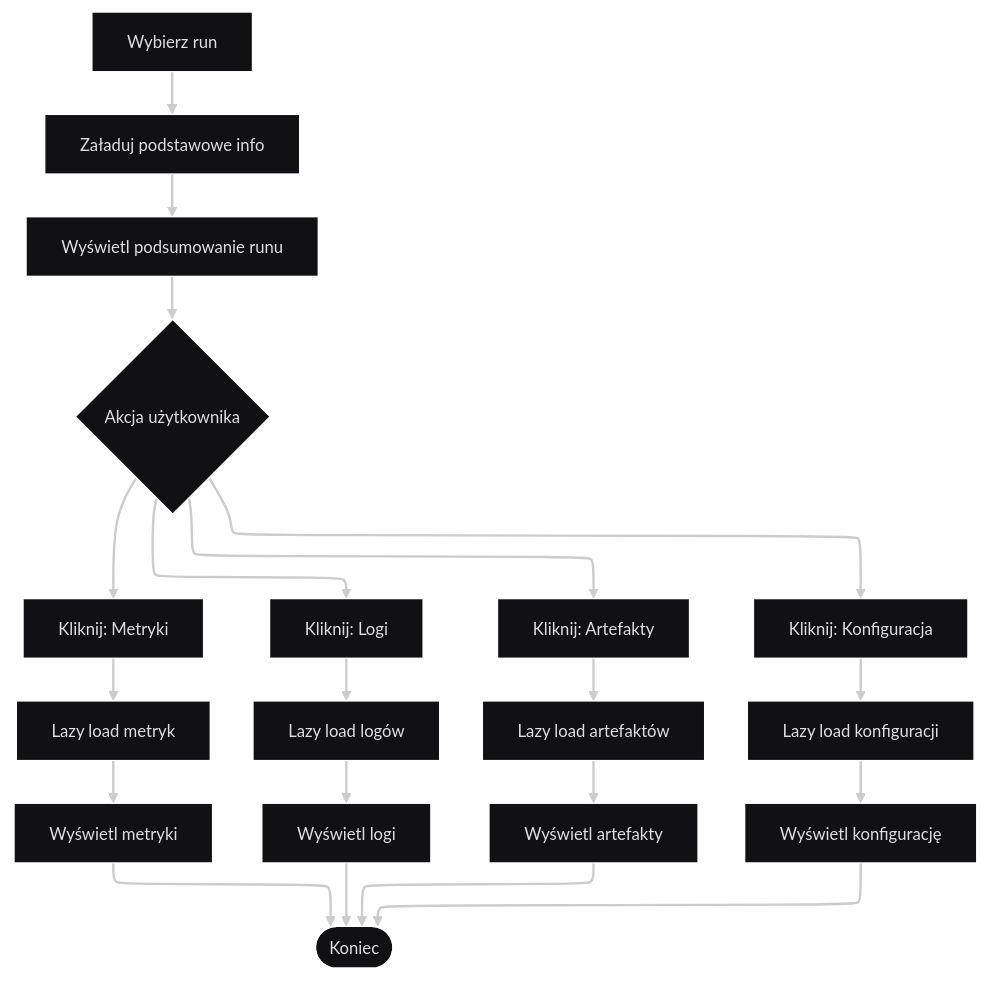
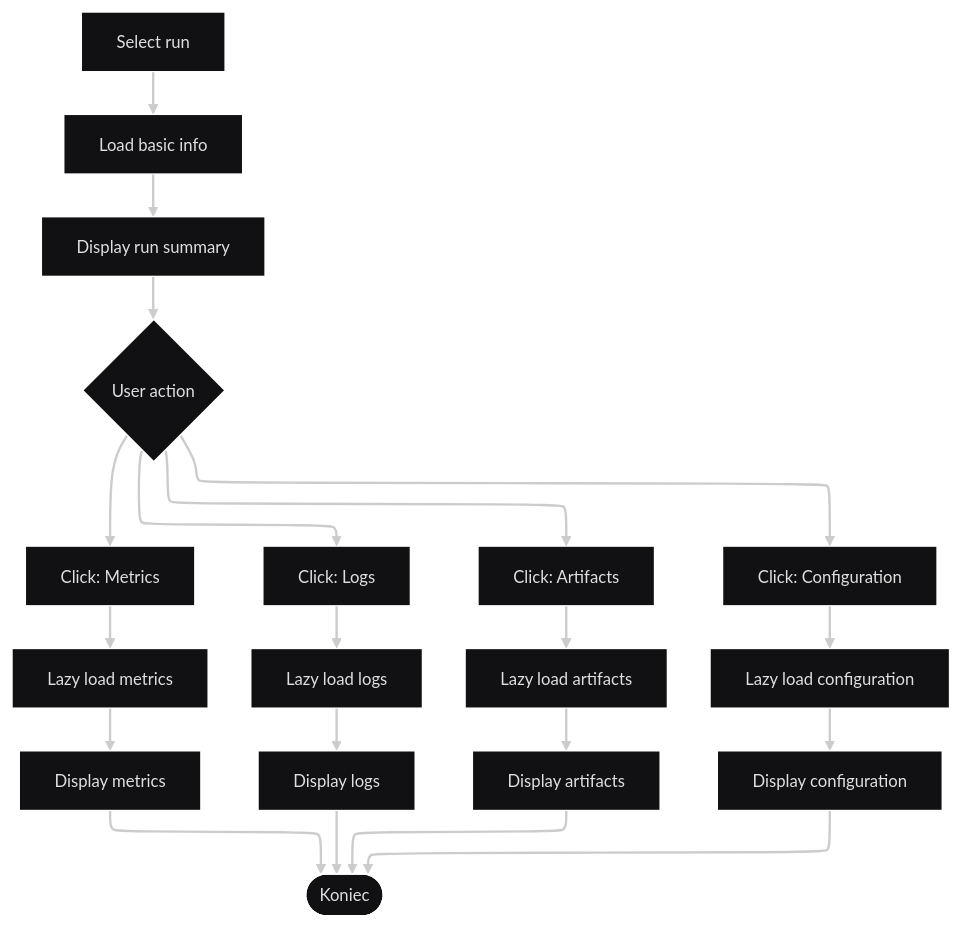
Before and after one commit to jedrzejpolaczek/aviarium.corvidae.corvus_corone: diagram 15 of 33 in docs/requirements/use-cases.md, drawn with Mermaid. The commit also changed other lines of this file and 21 other files, not shown here.

````diff
--- a/docs/requirements/use-cases.md
+++ b/docs/requirements/use-cases.md
@@ -678,24 +678,24 @@
 ```mermaid
 ---
 config:
   theme: redux-dark
   layout: elk
 ---
 flowchart TB
-    SelectRun["Wybierz run"] --> LoadBasic["Załaduj podstawowe info"]
-    LoadBasic --> ShowRunSummary["Wyświetl podsumowanie runu"]
-    ShowRunSummary --> UserAction{"Akcja użytkownika"}
-    UserAction --> ViewMetrics["Kliknij: Metryki"] & ViewLogs["Kliknij: Logi"] & ViewArtifacts["Kliknij: Artefakty"] & ViewConfig["Kliknij: Konfiguracja"]
-    ViewMetrics --> LazyLoadMetrics["Lazy load metryk"]
-    ViewLogs --> LazyLoadLogs["Lazy load logów"]
-    ViewArtifacts --> LazyLoadArtifacts["Lazy load artefaktów"]
-    ViewConfig --> LazyLoadConfig["Lazy load konfiguracji"]
-    LazyLoadMetrics --> ShowMetrics["Wyświetl metryki"]
-    LazyLoadLogs --> ShowLogs["Wyświetl logi"]
-    LazyLoadArtifacts --> ShowArtifacts["Wyświetl artefakty"]
-    LazyLoadConfig --> ShowConfig["Wyświetl konfigurację"]
+    SelectRun["Select run"] --> LoadBasic["Load basic info"]
+    LoadBasic --> ShowRunSummary["Display run summary"]
+    ShowRunSummary --> UserAction{"User action"}
+    UserAction --> ViewMetrics["Click: Metrics"] & ViewLogs["Click: Logs"] & ViewArtifacts["Click: Artifacts"] & ViewConfig["Click: Configuration"]
+    ViewMetrics --> LazyLoadMetrics["Lazy load metrics"]
+    ViewLogs --> LazyLoadLogs["Lazy load logs"]
+    ViewArtifacts --> LazyLoadArtifacts["Lazy load artifacts"]
+    ViewConfig --> LazyLoadConfig["Lazy load configuration"]
+    LazyLoadMetrics --> ShowMetrics["Display metrics"]
+    LazyLoadLogs --> ShowLogs["Display logs"]
+    LazyLoadArtifacts --> ShowArtifacts["Display artifacts"]
+    LazyLoadConfig --> ShowConfig["Display configuration"]
     ShowMetrics --> End(["Koniec"])
     ShowLogs --> End
     ShowArtifacts --> End
     ShowConfig --> End
 ```
````
